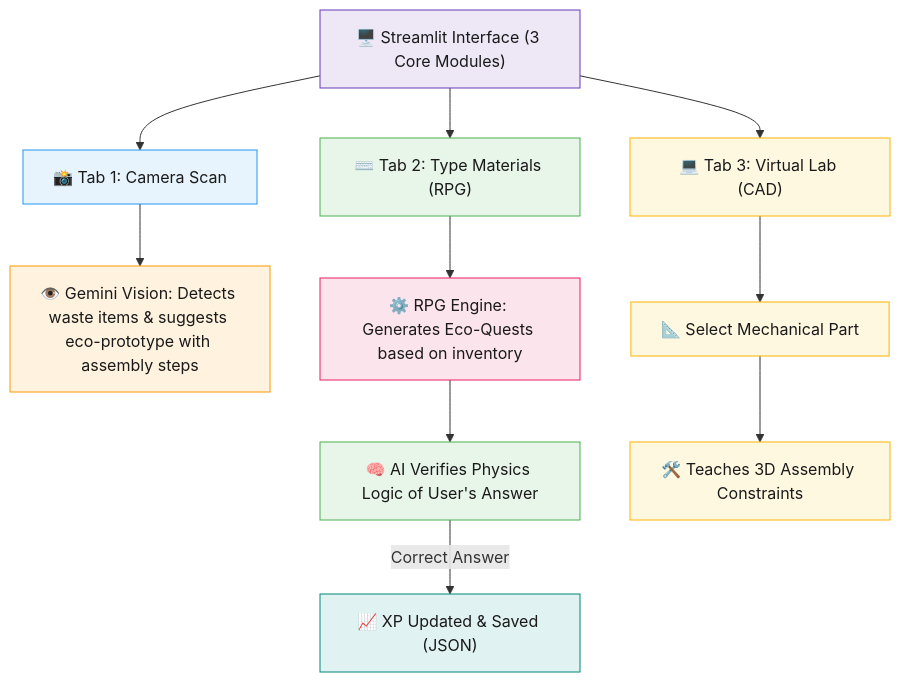
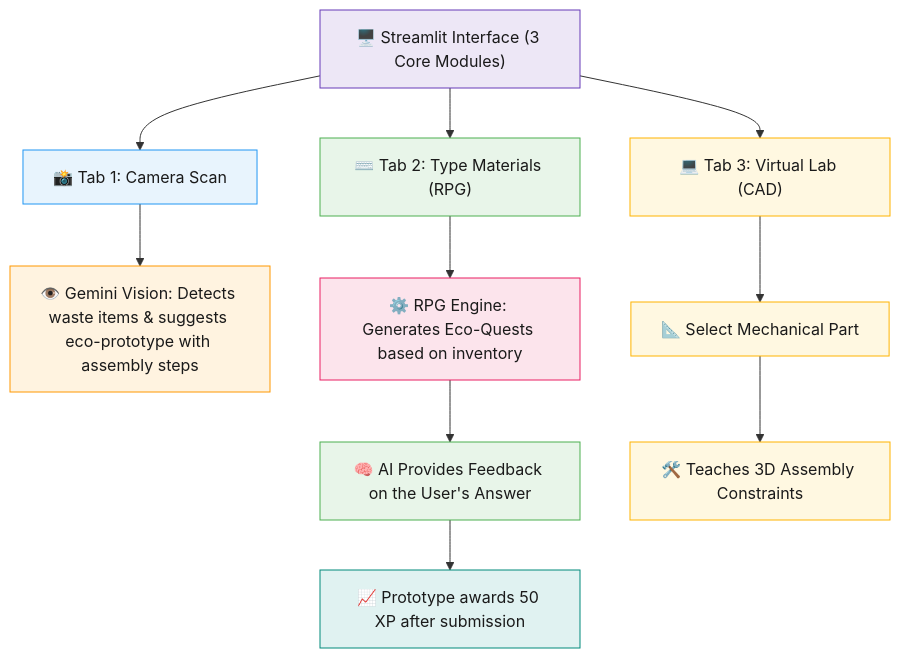
One commit to disha516/OMNI-STEM changed the diagram in README.md. Above: the diagram before and after it, drawn with Mermaid. The commit also changed other lines of this file, not shown here.

````diff
--- a/README.md
+++ b/README.md
@@ -24,35 +24,35 @@
 ```mermaid
 flowchart TB
     UI["🖥️ Streamlit Interface (3 Core Modules)"]
 
     T1["📸 Tab 1: Camera Scan"]
     T2["⌨️ Tab 2: Type Materials (RPG)"]
     T3["💻 Tab 3: Virtual Lab (CAD)"]
 
     UI --> T1
     UI --> T2
     UI --> T3
 
     %% Tab 1 Flow
     T1 --> Vision["👁️ Gemini Vision: Detects waste items & suggests eco-prototype with assembly steps"]
 
     %% Tab 2 Flow
     T2 --> RPG["⚙️ RPG Engine: Generates Eco-Quests based on inventory"]
-    RPG --> Logic["🧠 AI Verifies Physics Logic of User's Answer"]
-    Logic -->|Correct Answer| XP["📈 XP Updated & Saved (JSON)"]
+    RPG --> Logic["🧠 AI Provides Feedback on the User's Answer"]
+    Logic --> XP["📈 Prototype awards 50 XP after submission"]
 
     %% Tab 3 Flow
     T3 --> CAD["📐 Select Mechanical Part"]
     CAD --> Constraints["🛠️ Teaches 3D Assembly Constraints"]
 
     style UI fill:#ede7f6,stroke:#673ab7,color:#1a1a1a
     style T1 fill:#e8f4fd,stroke:#2196f3,color:#1a1a1a
     style T2 fill:#e8f5e9,stroke:#4caf50,color:#1a1a1a
     style T3 fill:#fff8e1,stroke:#ffb300,color:#1a1a1a
     style Vision fill:#fff3e0,stroke:#ff9800,color:#1a1a1a
     style RPG fill:#fce4ec,stroke:#e91e63,color:#1a1a1a
     style Logic fill:#e8f5e9,stroke:#4caf50,color:#1a1a1a
     style XP fill:#e0f2f1,stroke:#00897b,color:#1a1a1a
     style CAD fill:#fff8e1,stroke:#ffb300,color:#1a1a1a
     style Constraints fill:#fff8e1,stroke:#ffb300,color:#1a1a1a
 ```
````
